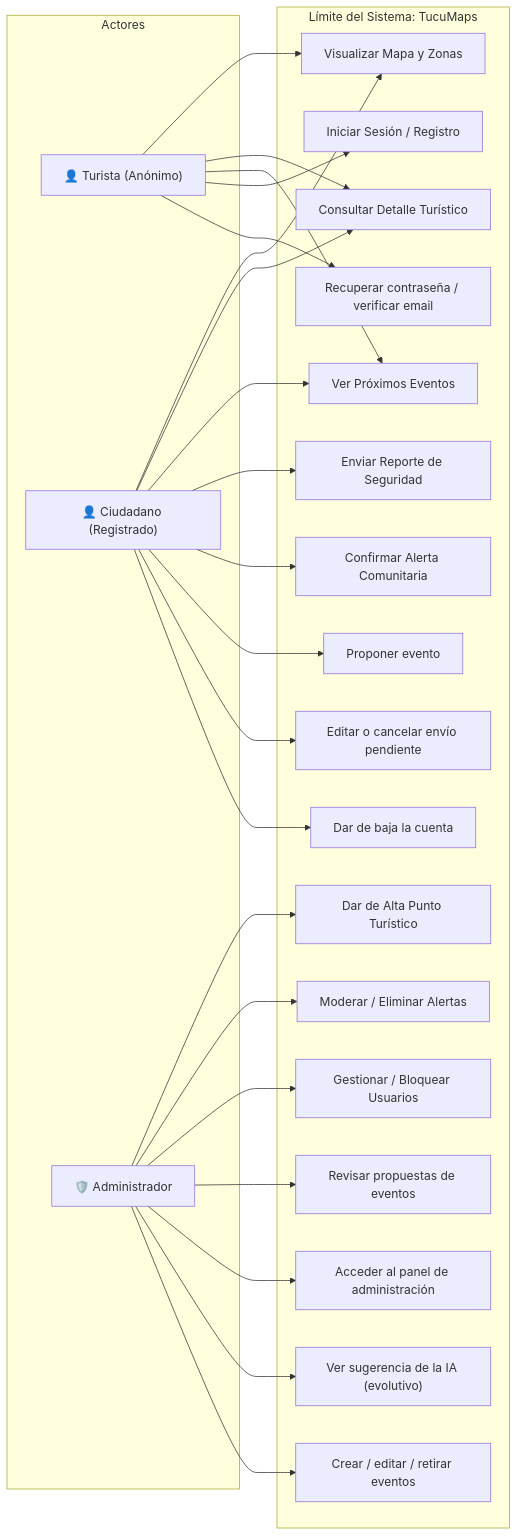
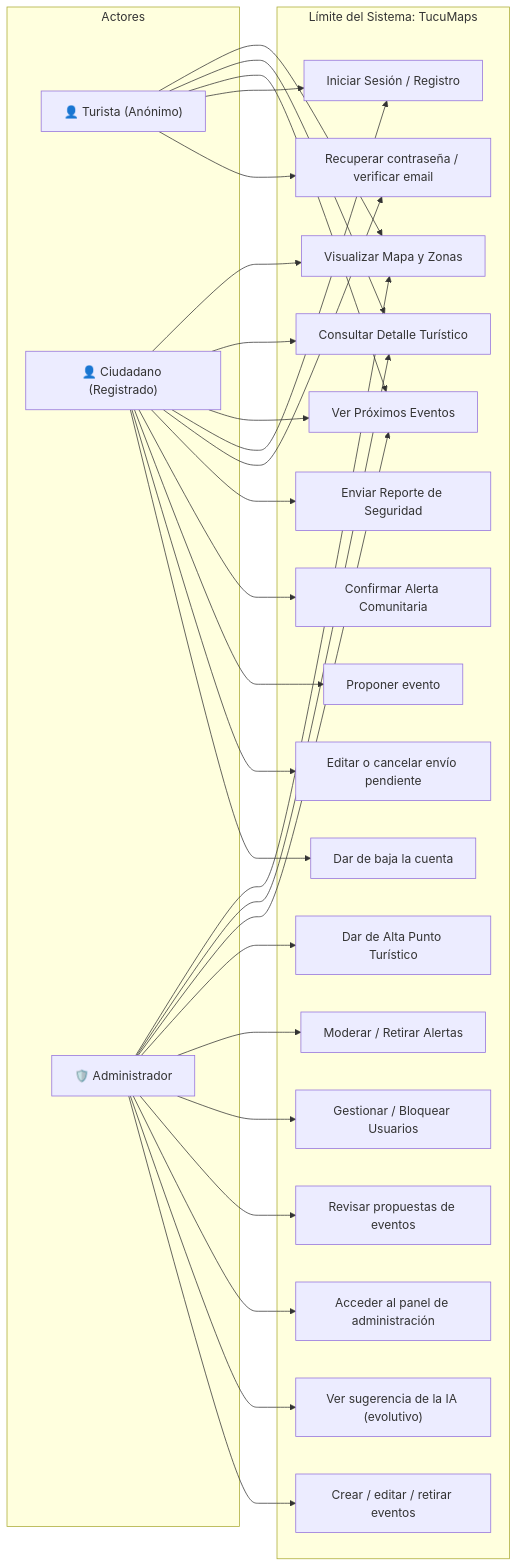
Before and after one commit to Fumacio/TucuMaps2: the diagram in docs/Diagrama de casos de uso TucuMaps.md, drawn with Mermaid. The commit also changed 9 other files, not shown here.

````diff
--- a/docs/Diagrama de casos de uso TucuMaps.md
+++ b/docs/Diagrama de casos de uso TucuMaps.md
@@ -35,52 +35,57 @@
 ```mermaid
 flowchart LR
     subgraph Actores
         Anonimo["👤 Turista (Anónimo)"]
         Ciudadano["👤 Ciudadano (Registrado)"]
         Admin["🛡️ Administrador"]
     end
 
     subgraph TucuMaps["Límite del Sistema: TucuMaps"]
         CU1["Visualizar Mapa y Zonas"]
         CU2["Consultar Detalle Turístico"]
         CU3["Ver Próximos Eventos"]
         CU4["Iniciar Sesión / Registro"]
         CU5["Enviar Reporte de Seguridad"]
         CU6["Confirmar Alerta Comunitaria"]
         CU7["Dar de Alta Punto Turístico"]
-        CU8["Moderar / Eliminar Alertas"]
+        CU8["Moderar / Retirar Alertas"]
         CU9["Gestionar / Bloquear Usuarios"]
         CU10["Revisar propuestas de eventos"]
         CU11["Proponer evento"]
         CU12["Acceder al panel de administración"]
         CU13["Ver sugerencia de la IA (evolutivo)"]
         CU14["Recuperar contraseña / verificar email"]
         CU15["Editar o cancelar envío pendiente"]
         CU16["Dar de baja la cuenta"]
         CU17["Crear / editar / retirar eventos"]
     end
 
     %% Relaciones de actores
     Anonimo --> CU1
     Anonimo --> CU2
     Anonimo --> CU3
     Anonimo --> CU4
     Anonimo --> CU14
 
     Ciudadano --> CU1
     Ciudadano --> CU2
     Ciudadano --> CU3
+    Ciudadano --> CU4
+    Ciudadano --> CU14
     Ciudadano --> CU5
     Ciudadano --> CU6
     Ciudadano --> CU11
     Ciudadano --> CU15
     Ciudadano --> CU16
 
+    Admin --> CU1
+    Admin --> CU2
+    Admin --> CU3
     Admin --> CU7
     Admin --> CU8
     Admin --> CU9
     Admin --> CU10
     Admin --> CU12
     Admin --> CU13
     Admin --> CU17
 ```
````
